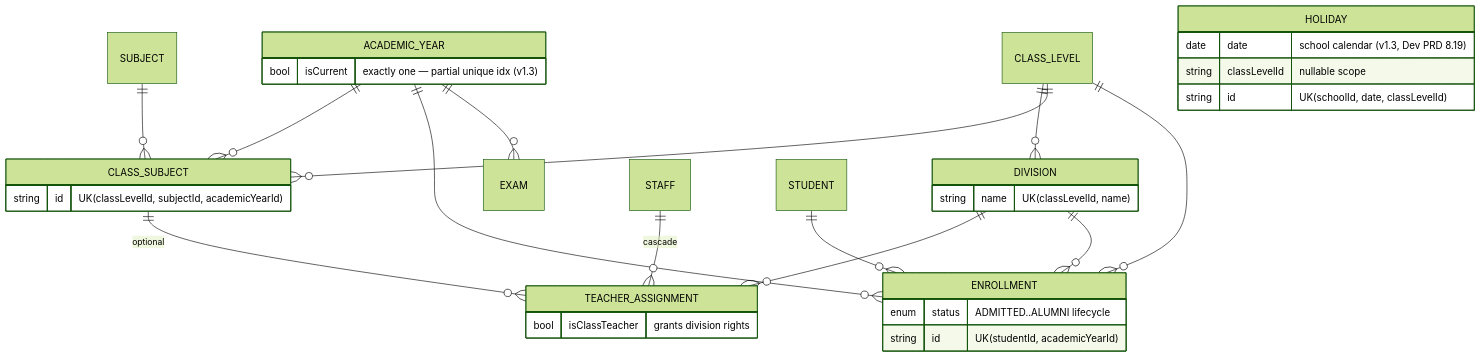
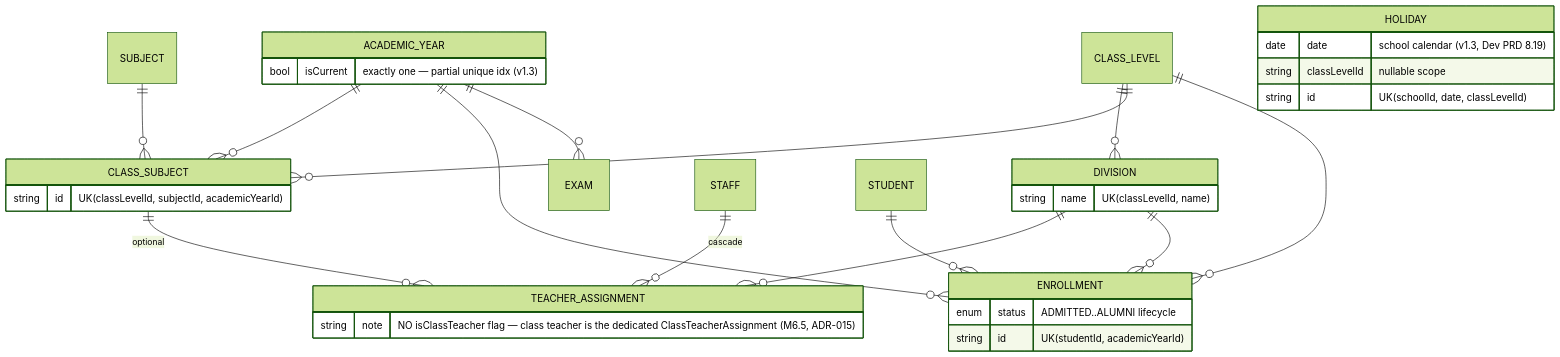
The second of 7 diagrams in docs/DB_RELATIONSHIP_DIAGRAM.md (sarangs1621/MobileApp), drawn with Mermaid (forest theme) before and after one commit. The commit also changed 67 other files, not shown here.

````diff
--- a/docs/DB_RELATIONSHIP_DIAGRAM.md
+++ b/docs/DB_RELATIONSHIP_DIAGRAM.md
@@ -43,29 +43,29 @@
 ```mermaid
 erDiagram
     ACADEMIC_YEAR ||--o{ CLASS_SUBJECT : ""
     ACADEMIC_YEAR ||--o{ ENROLLMENT : ""
     ACADEMIC_YEAR ||--o{ EXAM : ""
     CLASS_LEVEL ||--o{ DIVISION : ""
     CLASS_LEVEL ||--o{ CLASS_SUBJECT : ""
     CLASS_LEVEL ||--o{ ENROLLMENT : ""
     SUBJECT ||--o{ CLASS_SUBJECT : ""
     DIVISION ||--o{ TEACHER_ASSIGNMENT : ""
     DIVISION ||--o{ ENROLLMENT : ""
     CLASS_SUBJECT ||--o{ TEACHER_ASSIGNMENT : "optional"
     STAFF ||--o{ TEACHER_ASSIGNMENT : "cascade"
     STUDENT ||--o{ ENROLLMENT : ""
 
     ACADEMIC_YEAR { bool isCurrent "exactly one — partial unique idx (v1.3)" }
     HOLIDAY {
         date date "school calendar (v1.3, Dev PRD 8.19)"
         string classLevelId "nullable scope"
         string id "UK(schoolId, date, classLevelId)"
     }
     DIVISION { string name "UK(classLevelId, name)" }
     CLASS_SUBJECT { string id "UK(classLevelId, subjectId, academicYearId)" }
-    TEACHER_ASSIGNMENT { bool isClassTeacher "grants division rights" }
+    TEACHER_ASSIGNMENT { string note "NO isClassTeacher flag — class teacher is the dedicated ClassTeacherAssignment (M6.5, ADR-015)" }
     ENROLLMENT {
         enum status "ADMITTED..ALUMNI lifecycle"
         string id "UK(studentId, academicYearId)"
     }
 ```
````
